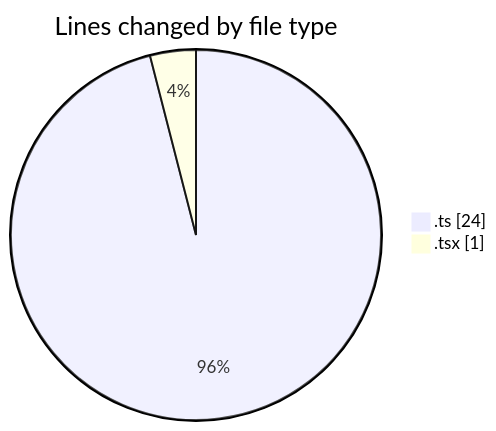
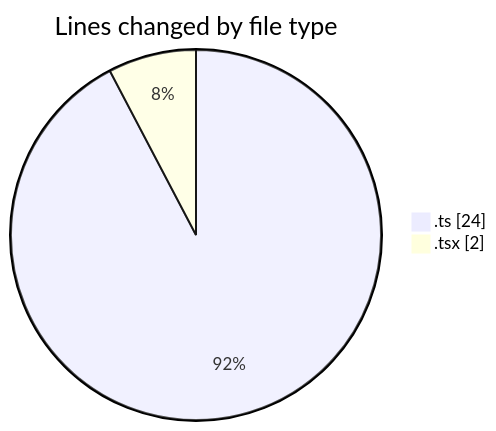
The first of 2 diagrams in 2026-09-09/cda/README.md (momahboobian/code-tracking), drawn with Mermaid before and after one commit. The commit also changed other lines of this file and 1 other file, not shown here.

````diff
--- a/2026-09-09/cda/README.md
+++ b/2026-09-09/cda/README.md
@@ -21,6 +21,6 @@
 ```mermaid
 pie showData
 title Lines changed by file type
 ".ts" : 24
-".tsx" : 1
+".tsx" : 2
 ```
````
